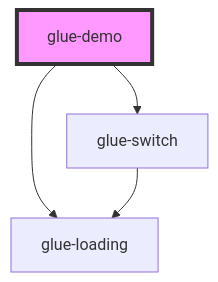
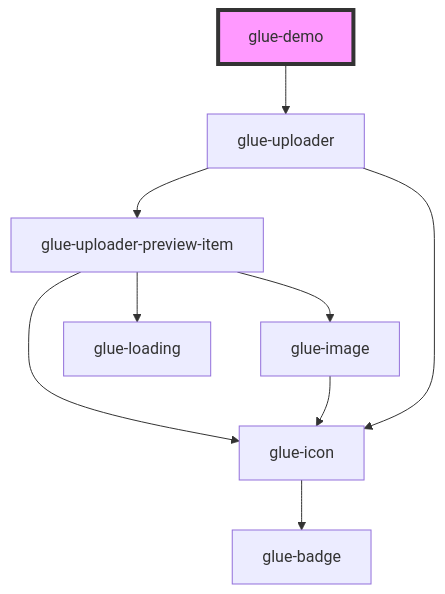
The diagram in packages/glue-components/src/components/glue-demo/readme.md (grasilife/glue), drawn with Mermaid before and after one commit. The commit also changed other lines of this file and 6 other files, not shown here.

````diff
--- a/packages/glue-components/src/components/glue-demo/readme.md
+++ b/packages/glue-components/src/components/glue-demo/readme.md
@@ -16,7 +15,12 @@
 ```mermaid
 graph TD;
-  glue-demo --> glue-switch
-  glue-demo --> glue-loading
-  glue-switch --> glue-loading
+  glue-demo --> glue-uploader
+  glue-uploader --> glue-uploader-preview-item
+  glue-uploader --> glue-icon
+  glue-uploader-preview-item --> glue-icon
+  glue-uploader-preview-item --> glue-loading
+  glue-uploader-preview-item --> glue-image
+  glue-icon --> glue-badge
+  glue-image --> glue-icon
   style glue-demo fill:#f9f,stroke:#333,stroke-width:4px
 ```
````
